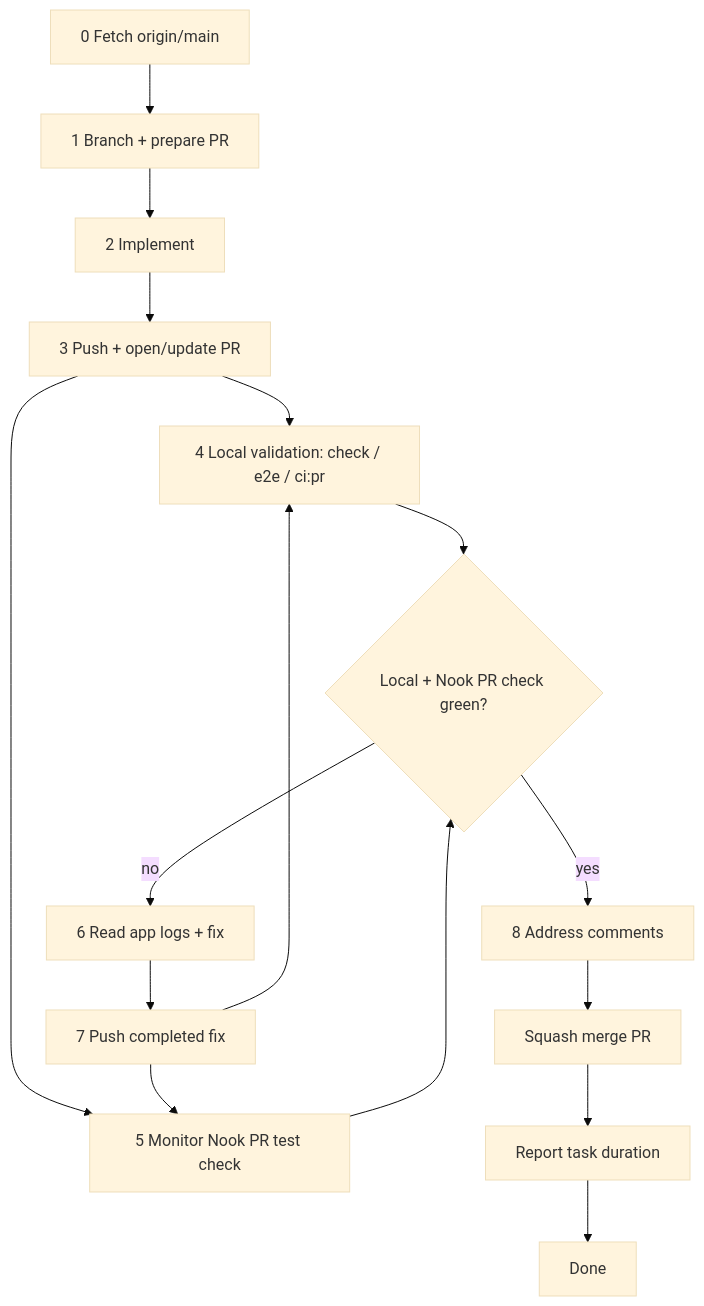
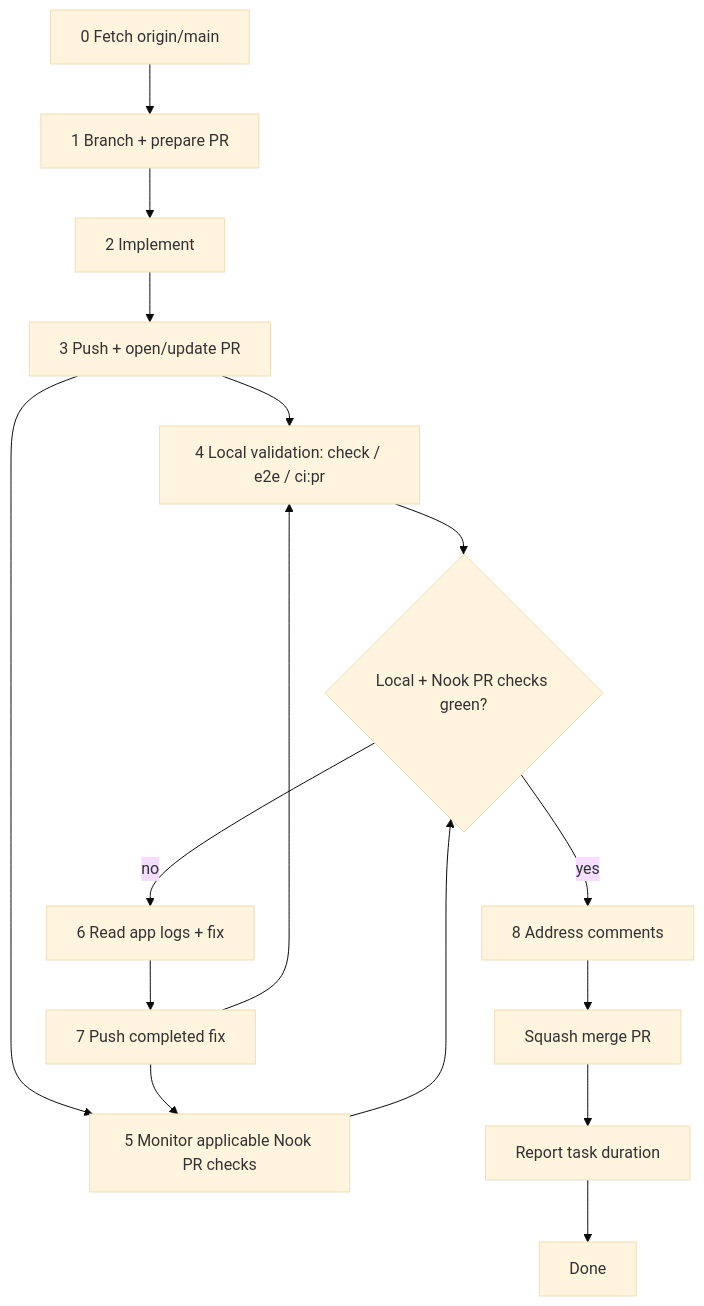
Before and after one commit to meta-secret/nook: the diagram in .cortex/workflows/pull-requests.md, drawn with Mermaid (base theme). The commit also changed other lines of this file and 14 other files, not shown here.

````diff
--- a/.cortex/workflows/pull-requests.md
+++ b/.cortex/workflows/pull-requests.md
@@ -52,18 +53,18 @@
 ```mermaid
 flowchart TD
   Z[0 Fetch origin/main] --> A[1 Branch + prepare PR]
   A --> I[2 Implement]
   I --> E[3 Push + open/update PR]
   E --> B[4 Local validation: check / e2e / ci:pr]
-  E --> F[5 Monitor Nook PR test check]
-  B --> G{Local + Nook PR check green?}
+  E --> F[5 Monitor applicable Nook PR checks]
+  B --> G{Local + Nook PR checks green?}
   F --> G
   G -->|no| H[6 Read app logs + fix]
   H --> PUSH[7 Push completed fix]
   PUSH --> B
   PUSH --> F
   G -->|yes| C[8 Address comments]
   C --> M[Squash merge PR]
   M --> J[Report task duration]
   J --> K[Done]
 ```
````
